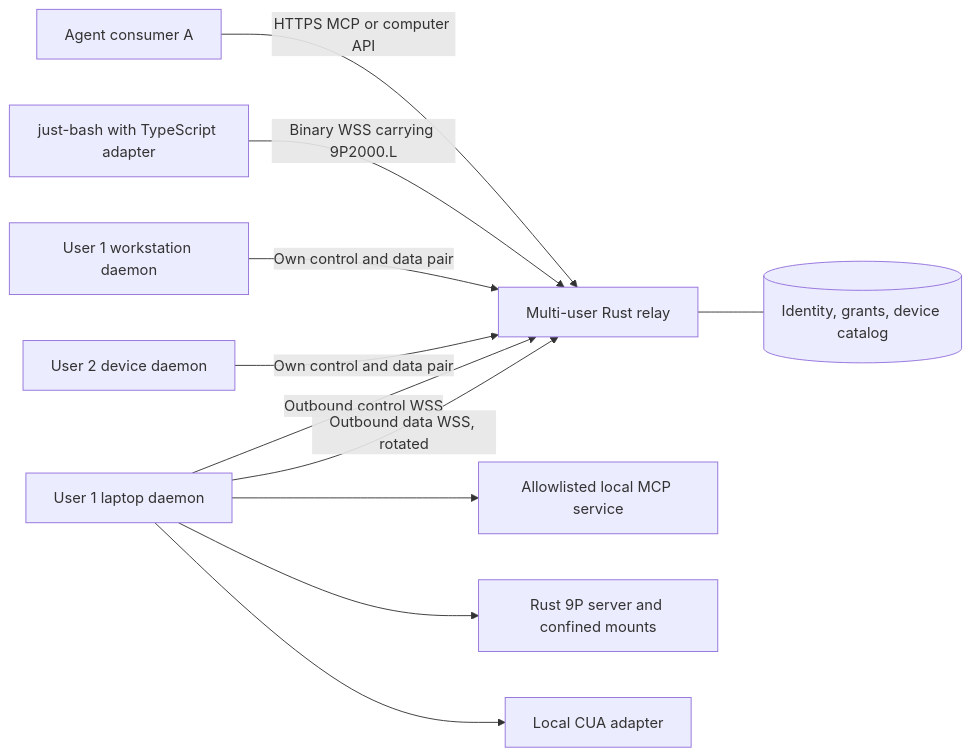
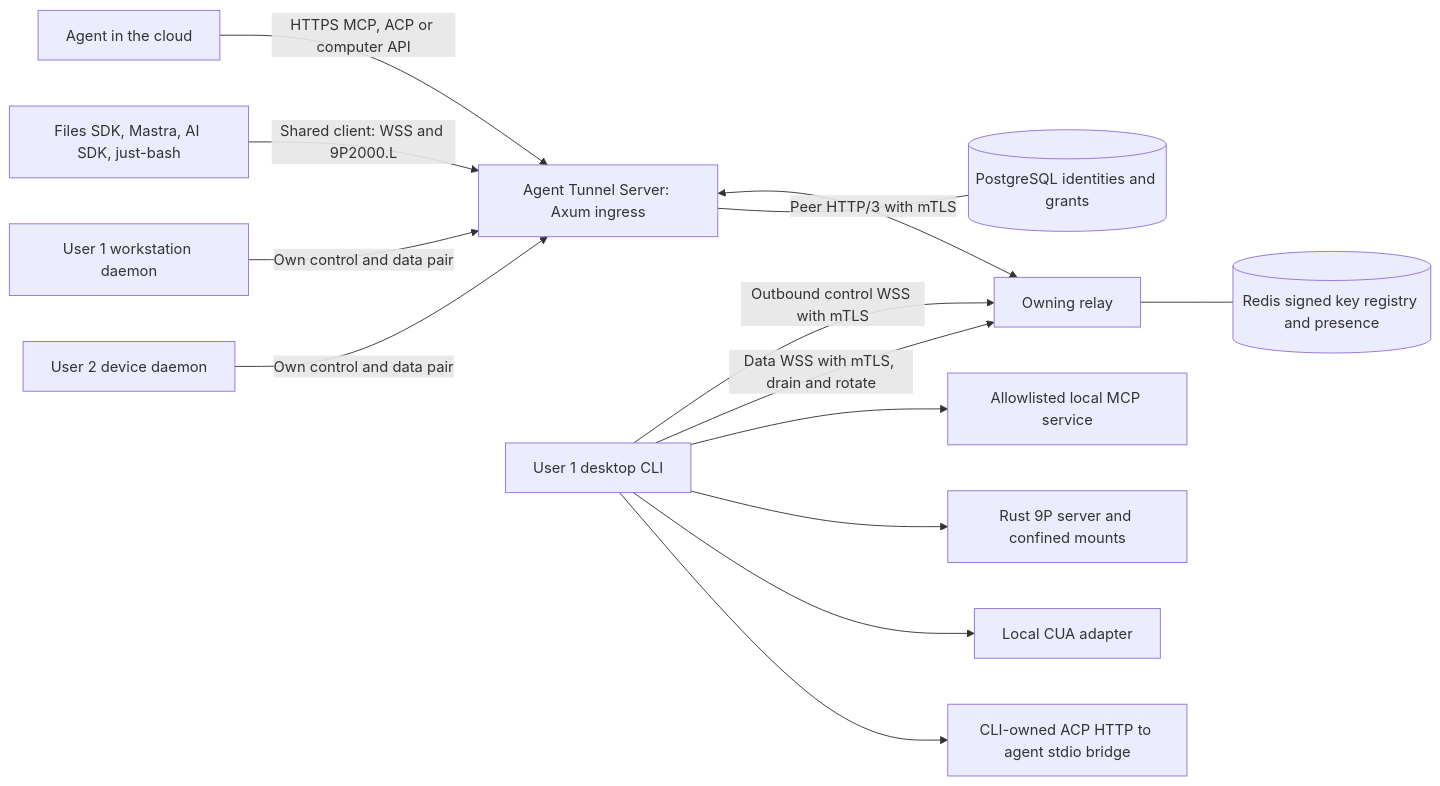
The diagram in docs/architecture.md (andymac4182/agent-tunnel), drawn with Mermaid before and after one commit. The commit also changed other lines of this file and 19 other files, not shown here.

Commit message:
docs: define clustered agent tunnel and SDK integration contracts

````diff
--- a/docs/architecture.md
+++ b/docs/architecture.md
@@ -11,13 +11,16 @@
 ```mermaid
 flowchart LR
-    A[Agent consumer A] -->|HTTPS MCP or computer API| R[Multi-user Rust relay]
-    B[just-bash with TypeScript adapter] -->|Binary WSS carrying 9P2000.L| R
-    R --- DB[(Identity, grants, device catalog)]
-    D1[User 1 laptop daemon] -->|Outbound control WSS| R
-    D1 -->|Outbound data WSS, rotated| R
+    A[Agent in the cloud] -->|HTTPS MCP, ACP or computer API| R[Agent Tunnel Server: Axum ingress]
+    B[Files SDK, Mastra, AI SDK, just-bash] -->|Shared client: WSS and 9P2000.L| R
+    R <-->|Peer HTTP/3 with mTLS| O[Owning relay]
+    R --- DB[(PostgreSQL identities and grants)]
+    O --- K[(Redis signed key registry and presence)]
+    D1[User 1 desktop CLI] -->|Outbound control WSS with mTLS| O
+    D1 -->|Data WSS with mTLS, drain and rotate| O
     D2[User 1 workstation daemon] -->|Own control and data pair| R
     D3[User 2 device daemon] -->|Own control and data pair| R
     D1 --> M[Allowlisted local MCP service]
     D1 --> F[Rust 9P server and confined mounts]
     D1 --> C[Local CUA adapter]
+    D1 --> ACP[CLI-owned ACP HTTP to agent stdio bridge]
 ```
````
